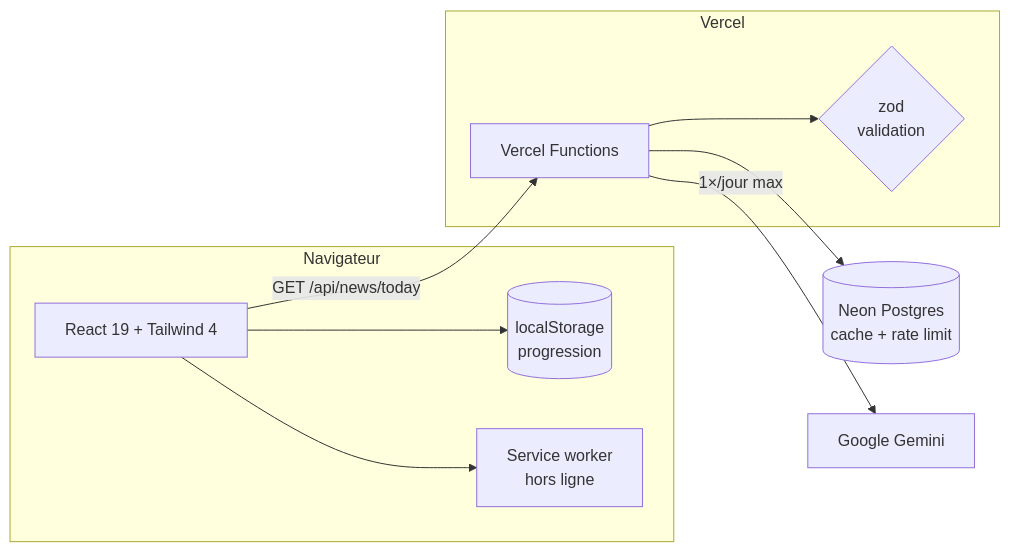
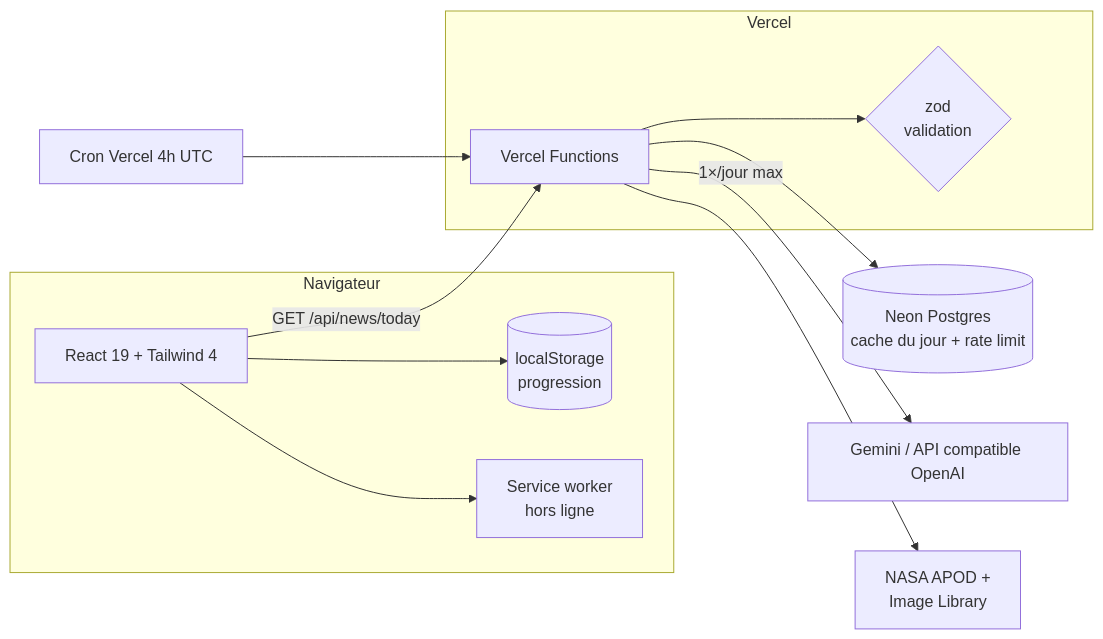
One commit to Miyagi1017/pulse-kids changed the diagram in README.md. Above: the diagram before and after it, drawn with Mermaid. The commit also changed other lines of this file and 19 other files, not shown here.

First line of the commit message:
feat: photo NASA du jour, IA multi-fournisseurs, police Fredoka, cron

````diff
--- a/README.md
+++ b/README.md
@@ -37,13 +39,15 @@
 ```mermaid
 flowchart LR
   subgraph Navigateur
     UI[React 19 + Tailwind 4] --> LS[(localStorage<br/>progression)]
     UI --> SW[Service worker<br/>hors ligne]
   end
   UI -- GET /api/news/today --> F
   subgraph Vercel
     F[Vercel Functions] --> Z{zod<br/>validation}
   end
-  F --> DB[(Neon Postgres<br/>cache + rate limit)]
-  F -- 1×/jour max --> G[Google Gemini]
+  F --> DB[(Neon Postgres<br/>cache du jour + rate limit)]
+  F -- 1×/jour max --> G[Gemini / API compatible OpenAI]
+  F --> N[NASA APOD +<br/>Image Library]
+  C[Cron Vercel 4h UTC] --> F
 ```
````
